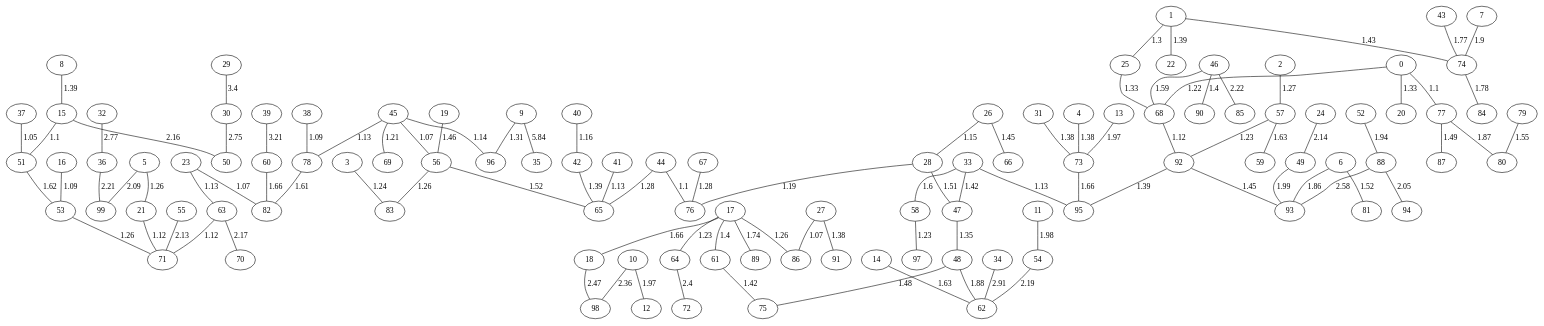
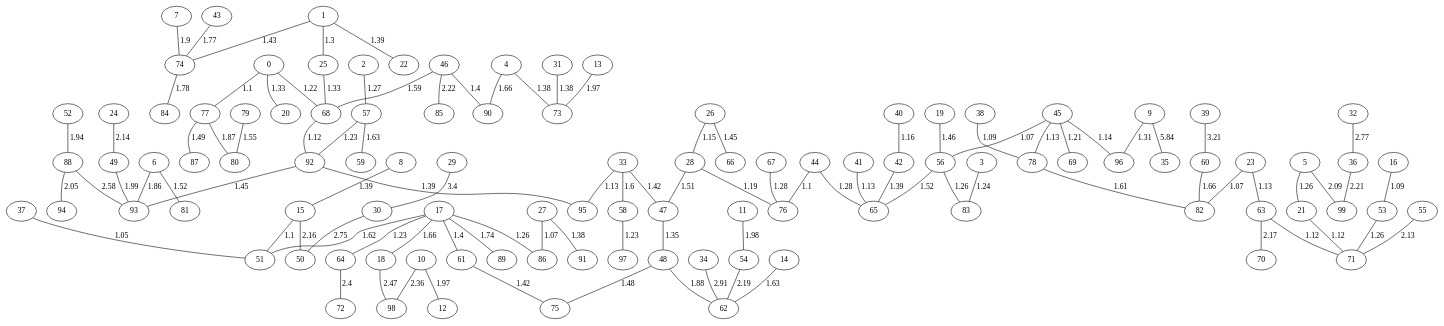
The diagram in Proyecto 4/Grafos MST/grafo_Geográfico_100_no dirigido_kruskal_directo.gv (amorac4/DAA24), drawn with Graphviz before and after one commit. The commit also changed 62 other files, not shown here.

```diff
--- a/Proyecto 4/Grafos MST/grafo_Geográfico_100_no dirigido_kruskal_directo.gv
+++ b/Proyecto 4/Grafos MST/grafo_Geográfico_100_no dirigido_kruskal_directo.gv
@@ -1,156 +1,156 @@
 graph G{
+"45";
+"4";
+"91";
+"79";
+"26";
+"95";
+"7";
+"98";
+"64";
+"31";
+"20";
+"75";
+"38";
+"6";
+"77";
+"63";
+"87";
+"25";
+"15";
+"13";
+"80";
+"28";
+"97";
+"36";
+"24";
+"76";
+"65";
+"5";
+"68";
+"16";
+"83";
+"81";
+"8";
+"52";
+"86";
+"14";
+"59";
+"18";
+"23";
+"1";
+"35";
+"88";
+"19";
+"82";
+"33";
+"47";
+"21";
 "99";
+"51";
+"30";
+"32";
+"74";
+"93";
+"17";
+"39";
+"56";
+"54";
+"78";
+"40";
+"53";
+"37";
+"22";
+"11";
+"58";
+"0";
+"57";
+"60";
+"94";
+"44";
 "49";
-"60";
-"68";
-"74";
-"5";
+"10";
+"48";
+"34";
+"46";
+"70";
+"2";
+"67";
+"89";
+"66";
+"27";
+"3";
+"85";
+"92";
+"96";
+"90";
 "9";
-"2";
-"23";
-"94";
-"56";
-"33";
-"6";
-"79";
-"67";
-"83";
-"47";
-"18";
+"29";
+"62";
+"55";
+"72";
+"42";
+"12";
+"84";
 "61";
-"30";
-"27";
-"76";
-"88";
-"10";
-"7";
-"22";
-"91";
-"29";
-"44";
-"12";
-"13";
-"36";
-"93";
-"21";
-"15";
-"40";
-"16";
-"63";
-"32";
-"39";
-"55";
-"97";
-"51";
-"64";
-"77";
-"3";
-"65";
-"25";
-"58";
-"98";
-"14";
-"46";
-"52";
-"19";
-"75";
-"8";
-"57";
-"17";
-"66";
-"73";
-"38";
-"26";
-"84";
-"96";
-"80";
-"31";
-"70";
-"48";
+"71";
+"43";
+"69";
 "50";
 "41";
-"35";
-"24";
-"4";
-"34";
-"95";
-"42";
-"85";
-"53";
-"72";
-"11";
-"92";
-"37";
-"1";
-"89";
-"71";
-"62";
-"45";
-"86";
-"43";
-"82";
-"59";
-"69";
-"20";
-"0";
-"87";
-"78";
-"54";
-"28";
-"81";
-"90";
+"73";
 "37"--"51"[label="1.05"];
 "23"--"82"[label="1.07"];
+"27"--"86"[label="1.07"];
 "45"--"56"[label="1.07"];
-"27"--"86"[label="1.07"];
 "16"--"53"[label="1.09"];
 "38"--"78"[label="1.09"];
-"15"--"51"[label="1.1"];
 "0"--"77"[label="1.1"];
 "44"--"76"[label="1.1"];
+"15"--"51"[label="1.1"];
+"68"--"92"[label="1.12"];
 "21"--"71"[label="1.12"];
 "63"--"71"[label="1.12"];
-"68"--"92"[label="1.12"];
+"23"--"63"[label="1.13"];
 "45"--"78"[label="1.13"];
 "33"--"95"[label="1.13"];
 "41"--"65"[label="1.13"];
-"23"--"63"[label="1.13"];
 "45"--"96"[label="1.14"];
 "26"--"28"[label="1.15"];
 "40"--"42"[label="1.16"];
 "28"--"76"[label="1.19"];
 "45"--"69"[label="1.21"];
 "0"--"68"[label="1.22"];
-"57"--"92"[label="1.23"];
 "58"--"97"[label="1.23"];
 "17"--"64"[label="1.23"];
+"57"--"92"[label="1.23"];
 "3"--"83"[label="1.24"];
+"53"--"71"[label="1.26"];
+"5"--"21"[label="1.26"];
 "56"--"83"[label="1.26"];
-"53"--"71"[label="1.26"];
 "17"--"86"[label="1.26"];
-"5"--"21"[label="1.26"];
 "2"--"57"[label="1.27"];
 "67"--"76"[label="1.28"];
 "44"--"65"[label="1.28"];
 "1"--"25"[label="1.3"];
 "9"--"96"[label="1.31"];
+"0"--"20"[label="1.33"];
 "25"--"68"[label="1.33"];
-"0"--"20"[label="1.33"];
 "47"--"48"[label="1.35"];
-"27"--"91"[label="1.38"];
 "4"--"73"[label="1.38"];
 "31"--"73"[label="1.38"];
+"27"--"91"[label="1.38"];
+"42"--"65"[label="1.39"];
+"1"--"22"[label="1.39"];
 "92"--"95"[label="1.39"];
-"42"--"65"[label="1.39"];
 "8"--"15"[label="1.39"];
-"1"--"22"[label="1.39"];
+"46"--"90"[label="1.4"];
 "17"--"61"[label="1.4"];
-"46"--"90"[label="1.4"];
+"61"--"75"[label="1.42"];
 "33"--"47"[label="1.42"];
-"61"--"75"[label="1.42"];
 "1"--"74"[label="1.43"];
+"92"--"93"[label="1.45"];
 "26"--"66"[label="1.45"];
-"92"--"93"[label="1.45"];
 "19"--"56"[label="1.46"];
 "48"--"75"[label="1.48"];
 "77"--"87"[label="1.49"];
@@ -161,12 +161,12 @@
 "46"--"68"[label="1.59"];
 "33"--"58"[label="1.6"];
 "78"--"82"[label="1.61"];
-"51"--"53"[label="1.62"];
+"17"--"51"[label="1.62"];
 "57"--"59"[label="1.63"];
 "14"--"62"[label="1.63"];
+"4"--"90"[label="1.66"];
+"60"--"82"[label="1.66"];
 "17"--"18"[label="1.66"];
-"73"--"95"[label="1.66"];
-"60"--"82"[label="1.66"];
 "17"--"89"[label="1.74"];
 "43"--"74"[label="1.77"];
 "74"--"84"[label="1.78"];
@@ -175,8 +175,8 @@
 "48"--"62"[label="1.88"];
 "7"--"74"[label="1.9"];
 "52"--"88"[label="1.94"];
+"13"--"73"[label="1.97"];
 "10"--"12"[label="1.97"];
-"13"--"73"[label="1.97"];
 "11"--"54"[label="1.98"];
 "49"--"93"[label="1.99"];
 "88"--"94"[label="2.05"];
```
